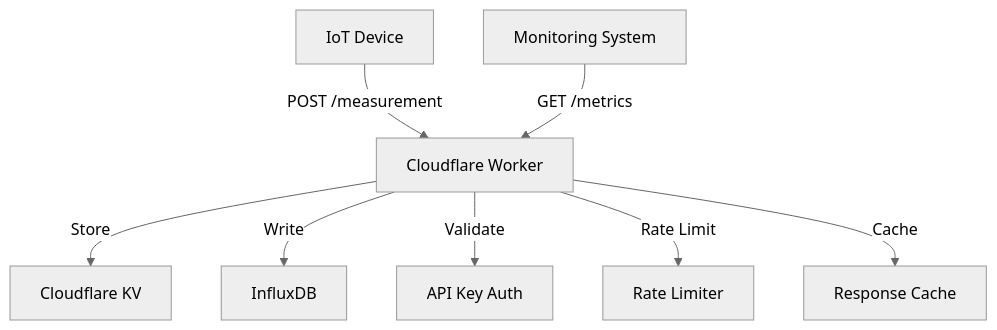
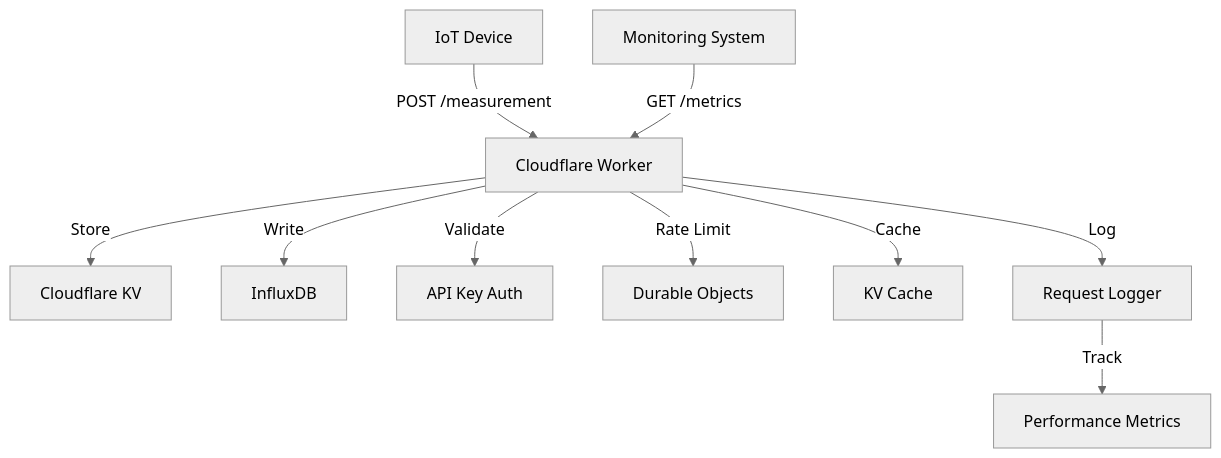
Before and after one commit to veilands/cf-learn: the diagram in README.md, drawn with Mermaid (neutral theme). The commit also changed other lines of this file and 21 other files, not shown here.

First line of the commit message:
refactor: migrate to Durable Objects for rate limiting and implement generic KV caching

````diff
--- a/README.md
+++ b/README.md
@@ -18,10 +20,12 @@
 ```mermaid
 graph TD
     Device[IoT Device] -->|POST /measurement| Worker[Cloudflare Worker]
     Monitor[Monitoring System] -->|GET /metrics| Worker
     Worker -->|Store| KV[Cloudflare KV]
     Worker -->|Write| InfluxDB[InfluxDB]
     Worker -->|Validate| Auth[API Key Auth]
-    Worker -->|Rate Limit| RateLimit[Rate Limiter]
-    Worker -->|Cache| Cache[Response Cache]
+    Worker -->|Rate Limit| RateLimit[Durable Objects]
+    Worker -->|Cache| Cache[KV Cache]
+    Worker -->|Log| Logger[Request Logger]
+    Logger -->|Track| Metrics[Performance Metrics]
 ```
````
